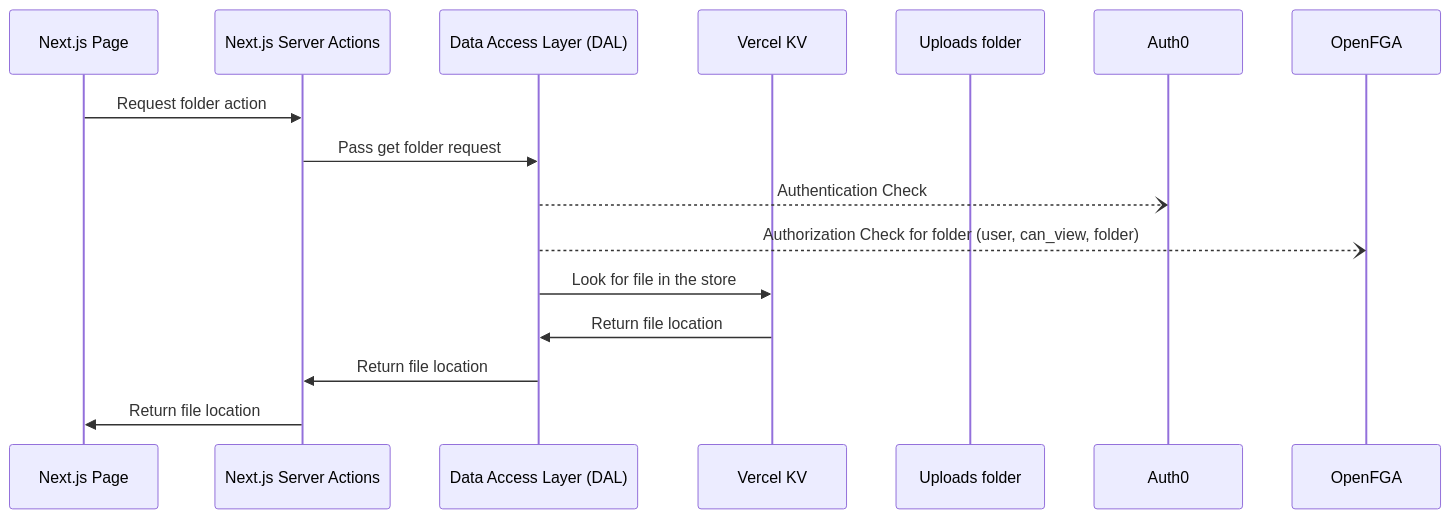
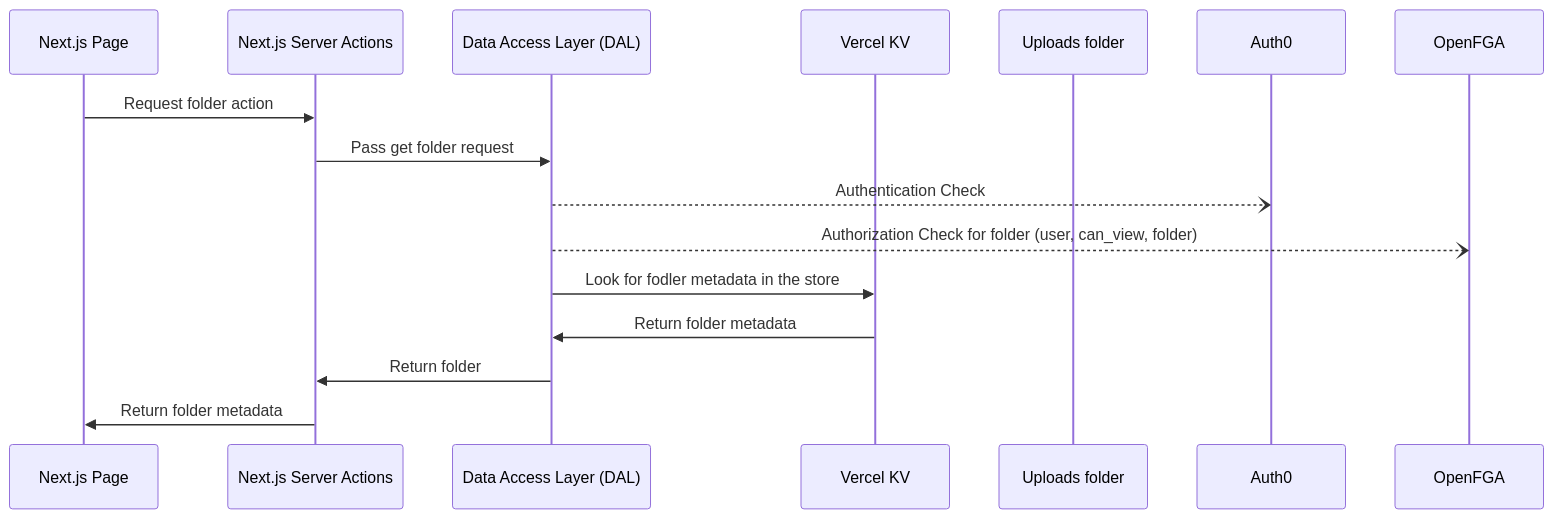
The fifth of 8 diagrams in README.md (oktadev/fga-drive-example), drawn with Mermaid before and after one commit.

Commit message:
Fix get folder schema in readme

````diff
--- a/README.md
+++ b/README.md
@@ -280,18 +280,18 @@
 ```mermaid
 sequenceDiagram;
   participant Next.js Page
   participant Next.js Server Actions
   participant Data Access Layer (DAL)
   participant Vercel KV
   participant Uploads folder
   participant Auth0
   participant OpenFGA
   Next.js Page->>Next.js Server Actions: Request folder action
   Next.js Server Actions->>Data Access Layer (DAL): Pass get folder request
   Data Access Layer (DAL)--)Auth0: Authentication Check
   Data Access Layer (DAL)--)OpenFGA: Authorization Check for folder (user, can_view, folder)
-  Data Access Layer (DAL)->>Vercel KV: Look for file in the store
-  Vercel KV->>Data Access Layer (DAL): Return file location
-  Data Access Layer (DAL)->>Next.js Server Actions: Return file location
-  Next.js Server Actions->>Next.js Page: Return file location
+  Data Access Layer (DAL)->>Vercel KV: Look for fodler metadata in the store
+  Vercel KV->>Data Access Layer (DAL): Return folder metadata
+  Data Access Layer (DAL)->>Next.js Server Actions: Return folder 
+  Next.js Server Actions->>Next.js Page: Return folder metadata
 ```
````
